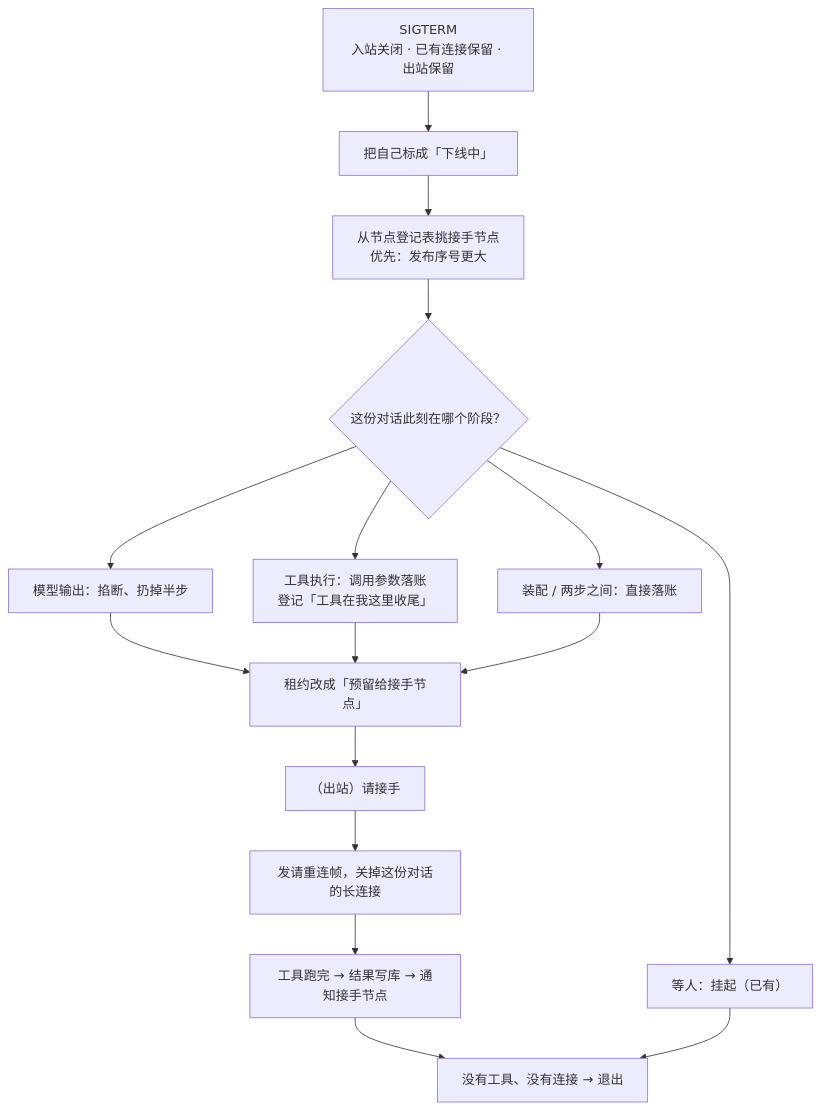
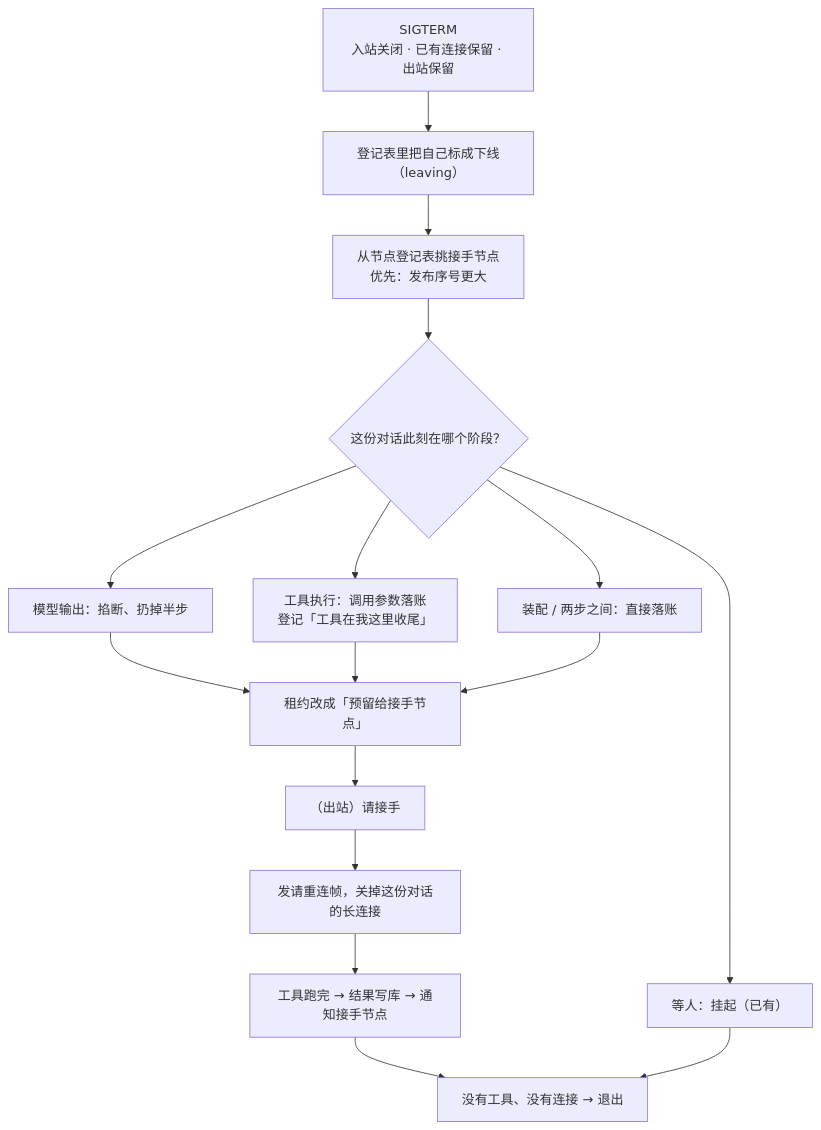
The first of 5 diagrams in docs/logic/orchestration/tech/handover.md (ludafa/runko), drawn with Mermaid before and after one commit. The commit also changed other lines of this file and 5 other files, not shown here.

````diff
--- a/docs/logic/orchestration/tech/handover.md
+++ b/docs/logic/orchestration/tech/handover.md
@@ -132,25 +157,25 @@
 ```mermaid
 flowchart TB
     SIG["SIGTERM<br/>入站关闭 · 已有连接保留 · 出站保留"]
-    MARK["把自己标成「下线中」"]
+    MARK["登记表里把自己标成下线（leaving）"]
     PICK["从节点登记表挑接手节点<br/>优先：发布序号更大"]
     PHASE{"这份对话此刻在哪个阶段？"}
     LLM["模型输出：掐断、扔掉半步"]
     TOOL["工具执行：调用参数落账<br/>登记「工具在我这里收尾」"]
     HUMAN["等人：挂起（已有）"]
     IDLE["装配 / 两步之间：直接落账"]
     RES["租约改成「预留给接手节点」"]
     CALL["（出站）请接手"]
     KICK["发请重连帧，关掉这份对话的长连接"]
     TAIL["工具跑完 → 结果写库 → 通知接手节点"]
     EXIT["没有工具、没有连接 → 退出"]
 
     SIG --> MARK --> PICK --> PHASE
     PHASE --> LLM --> RES
     PHASE --> TOOL --> RES
     PHASE --> IDLE --> RES
     PHASE --> HUMAN
     RES --> CALL --> KICK
     KICK --> TAIL --> EXIT
     HUMAN --> EXIT
 ```
````
